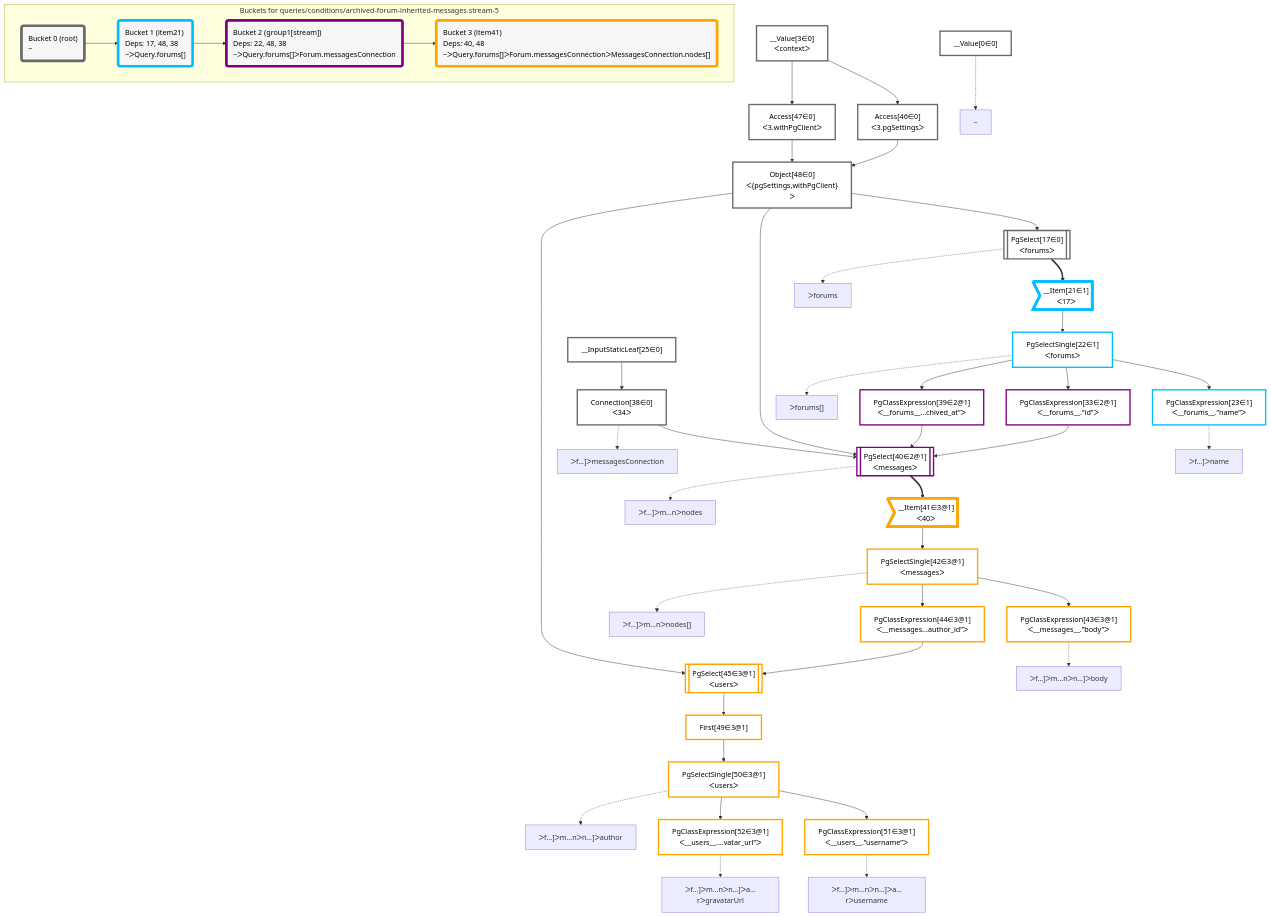
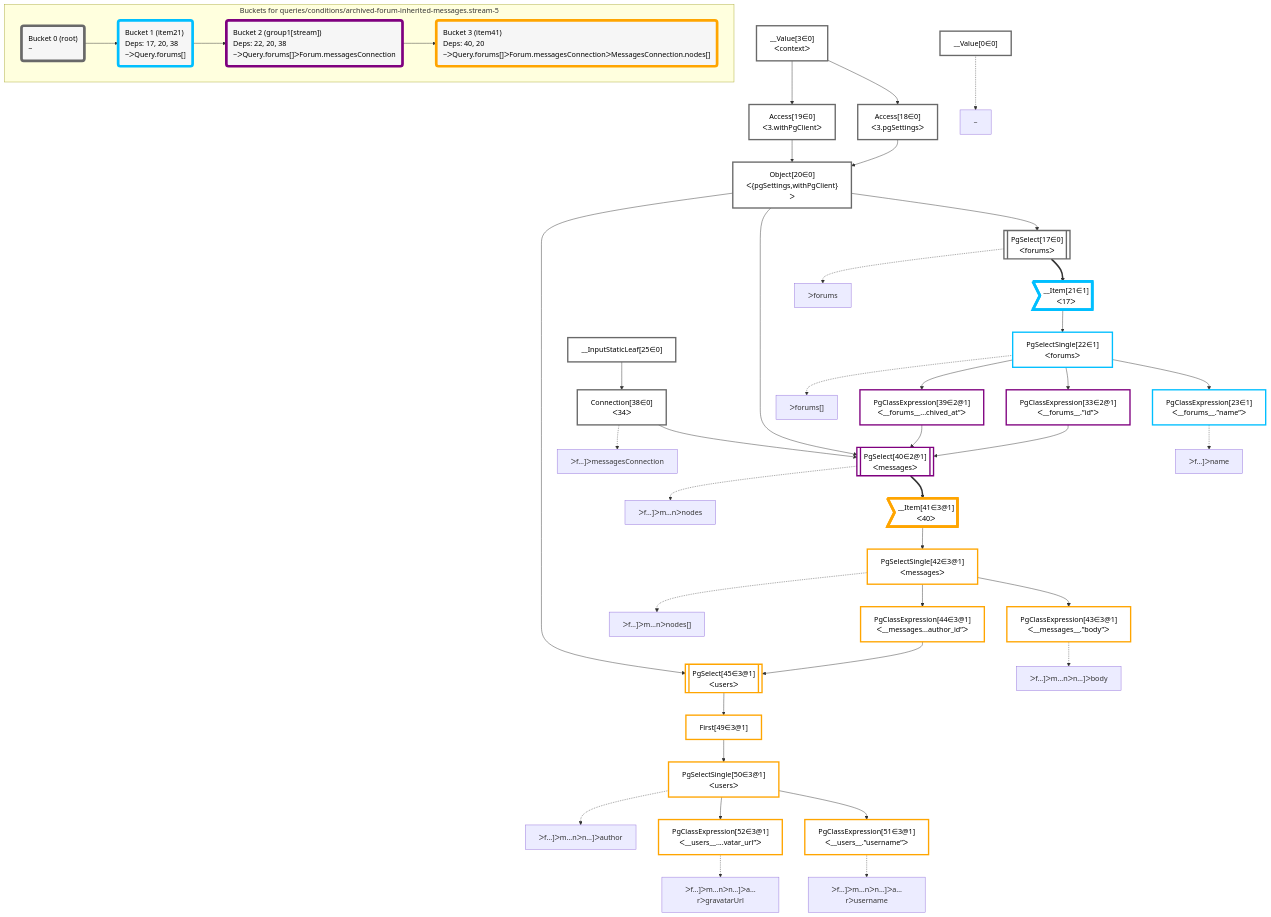
The diagram in packages/dataplan-pg/__tests__/queries/conditions/archived-forum-inherited-messages.stream-5.deopt.mermaid (graphile/crystal), drawn with Mermaid before and after one commit. The commit also changed 191 other files, not shown here.

```diff
--- a/packages/dataplan-pg/__tests__/queries/conditions/archived-forum-inherited-messages.stream-5.deopt.mermaid
+++ b/packages/dataplan-pg/__tests__/queries/conditions/archived-forum-inherited-messages.stream-5.deopt.mermaid
@@ -1,96 +1,96 @@
 graph TD
     classDef path fill:#eee,stroke:#000,color:#000
     classDef plan fill:#fff,stroke-width:3px,color:#000
     classDef itemplan fill:#fff,stroke-width:6px,color:#000
     classDef sideeffectplan fill:#f00,stroke-width:6px,color:#000
     classDef bucket fill:#f6f6f6,color:#000,stroke-width:6px,text-align:left
 
 
     %% define plans
     __Value0["__Value[0∈0]"]:::plan
     __Value3["__Value[3∈0]<br />ᐸcontextᐳ"]:::plan
-    Access46["Access[46∈0]<br />ᐸ3.pgSettingsᐳ"]:::plan
-    Access47["Access[47∈0]<br />ᐸ3.withPgClientᐳ"]:::plan
-    Object48["Object[48∈0]<br />ᐸ{pgSettings,withPgClient}ᐳ"]:::plan
+    Access18["Access[18∈0]<br />ᐸ3.pgSettingsᐳ"]:::plan
+    Access19["Access[19∈0]<br />ᐸ3.withPgClientᐳ"]:::plan
+    Object20["Object[20∈0]<br />ᐸ{pgSettings,withPgClient}ᐳ"]:::plan
     PgSelect17[["PgSelect[17∈0]<br />ᐸforumsᐳ"]]:::plan
     __Item21>"__Item[21∈1]<br />ᐸ17ᐳ"]:::itemplan
     PgSelectSingle22["PgSelectSingle[22∈1]<br />ᐸforumsᐳ"]:::plan
     PgClassExpression23["PgClassExpression[23∈1]<br />ᐸ__forums__.”name”ᐳ"]:::plan
     __InputStaticLeaf25["__InputStaticLeaf[25∈0]"]:::plan
     PgClassExpression33["PgClassExpression[33∈2@1]<br />ᐸ__forums__.”id”ᐳ"]:::plan
     Connection38["Connection[38∈0]<br />ᐸ34ᐳ"]:::plan
     PgClassExpression39["PgClassExpression[39∈2@1]<br />ᐸ__forums__...chived_at”ᐳ"]:::plan
     PgSelect40[["PgSelect[40∈2@1]<br />ᐸmessagesᐳ"]]:::plan
     __Item41>"__Item[41∈3@1]<br />ᐸ40ᐳ"]:::itemplan
     PgSelectSingle42["PgSelectSingle[42∈3@1]<br />ᐸmessagesᐳ"]:::plan
     PgClassExpression43["PgClassExpression[43∈3@1]<br />ᐸ__messages__.”body”ᐳ"]:::plan
     PgClassExpression44["PgClassExpression[44∈3@1]<br />ᐸ__messages...author_id”ᐳ"]:::plan
     PgSelect45[["PgSelect[45∈3@1]<br />ᐸusersᐳ"]]:::plan
     First49["First[49∈3@1]"]:::plan
     PgSelectSingle50["PgSelectSingle[50∈3@1]<br />ᐸusersᐳ"]:::plan
     PgClassExpression51["PgClassExpression[51∈3@1]<br />ᐸ__users__.”username”ᐳ"]:::plan
     PgClassExpression52["PgClassExpression[52∈3@1]<br />ᐸ__users__....vatar_url”ᐳ"]:::plan
 
     %% plan dependencies
-    __Value3 --> Access46
-    __Value3 --> Access47
-    Access46 & Access47 --> Object48
-    Object48 --> PgSelect17
+    __Value3 --> Access18
+    __Value3 --> Access19
+    Access18 & Access19 --> Object20
+    Object20 --> PgSelect17
     PgSelect17 ==> __Item21
     __Item21 --> PgSelectSingle22
     PgSelectSingle22 --> PgClassExpression23
     PgSelectSingle22 --> PgClassExpression33
     __InputStaticLeaf25 --> Connection38
     PgSelectSingle22 --> PgClassExpression39
-    Object48 & PgClassExpression33 & PgClassExpression39 & Connection38 --> PgSelect40
+    Object20 & PgClassExpression33 & PgClassExpression39 & Connection38 --> PgSelect40
     PgSelect40 ==> __Item41
     __Item41 --> PgSelectSingle42
     PgSelectSingle42 --> PgClassExpression43
     PgSelectSingle42 --> PgClassExpression44
-    Object48 & PgClassExpression44 --> PgSelect45
+    Object20 & PgClassExpression44 --> PgSelect45
     PgSelect45 --> First49
     First49 --> PgSelectSingle50
     PgSelectSingle50 --> PgClassExpression51
     PgSelectSingle50 --> PgClassExpression52
 
     %% plan-to-path relationships
     P0["~"]
     __Value0 -.-> P0
     P17["ᐳforums"]
     PgSelect17 -.-> P17
     P22["ᐳforums[]"]
     PgSelectSingle22 -.-> P22
     P23["ᐳf…]ᐳname"]
     PgClassExpression23 -.-> P23
     P38["ᐳf…]ᐳmessagesConnection"]
     Connection38 -.-> P38
     P40["ᐳf…]ᐳm…nᐳnodes"]
     PgSelect40 -.-> P40
     P42["ᐳf…]ᐳm…nᐳnodes[]"]
     PgSelectSingle42 -.-> P42
     P43["ᐳf…]ᐳm…nᐳn…]ᐳbody"]
     PgClassExpression43 -.-> P43
     P50["ᐳf…]ᐳm…nᐳn…]ᐳauthor"]
     PgSelectSingle50 -.-> P50
     P51["ᐳf…]ᐳm…nᐳn…]ᐳa…rᐳusername"]
     PgClassExpression51 -.-> P51
     P52["ᐳf…]ᐳm…nᐳn…]ᐳa…rᐳgravatarUrl"]
     PgClassExpression52 -.-> P52
 
     subgraph "Buckets for queries/conditions/archived-forum-inherited-messages.stream-5"
     Bucket0("Bucket 0 (root)<br />~"):::bucket
     classDef bucket0 stroke:#696969
-    class Bucket0,__Value0,__Value3,PgSelect17,__InputStaticLeaf25,Connection38,Access46,Access47,Object48 bucket0
-    Bucket1("Bucket 1 (item21)<br />Deps: 17, 48, 38<br />~ᐳQuery.forums[]"):::bucket
+    class Bucket0,__Value0,__Value3,PgSelect17,Access18,Access19,Object20,__InputStaticLeaf25,Connection38 bucket0
+    Bucket1("Bucket 1 (item21)<br />Deps: 17, 20, 38<br />~ᐳQuery.forums[]"):::bucket
     classDef bucket1 stroke:#00bfff
     class Bucket1,__Item21,PgSelectSingle22,PgClassExpression23 bucket1
-    Bucket2("Bucket 2 (group1[stream])<br />Deps: 22, 48, 38<br />~ᐳQuery.forums[]ᐳForum.messagesConnection"):::bucket
+    Bucket2("Bucket 2 (group1[stream])<br />Deps: 22, 20, 38<br />~ᐳQuery.forums[]ᐳForum.messagesConnection"):::bucket
     classDef bucket2 stroke:#7f007f
     class Bucket2,PgClassExpression33,PgClassExpression39,PgSelect40 bucket2
-    Bucket3("Bucket 3 (item41)<br />Deps: 40, 48<br />~ᐳQuery.forums[]ᐳForum.messagesConnectionᐳMessagesConnection.nodes[]"):::bucket
+    Bucket3("Bucket 3 (item41)<br />Deps: 40, 20<br />~ᐳQuery.forums[]ᐳForum.messagesConnectionᐳMessagesConnection.nodes[]"):::bucket
     classDef bucket3 stroke:#ffa500
     class Bucket3,__Item41,PgSelectSingle42,PgClassExpression43,PgClassExpression44,PgSelect45,First49,PgSelectSingle50,PgClassExpression51,PgClassExpression52 bucket3
     Bucket0 --> Bucket1
     Bucket1 --> Bucket2
     Bucket2 --> Bucket3
     end
```
